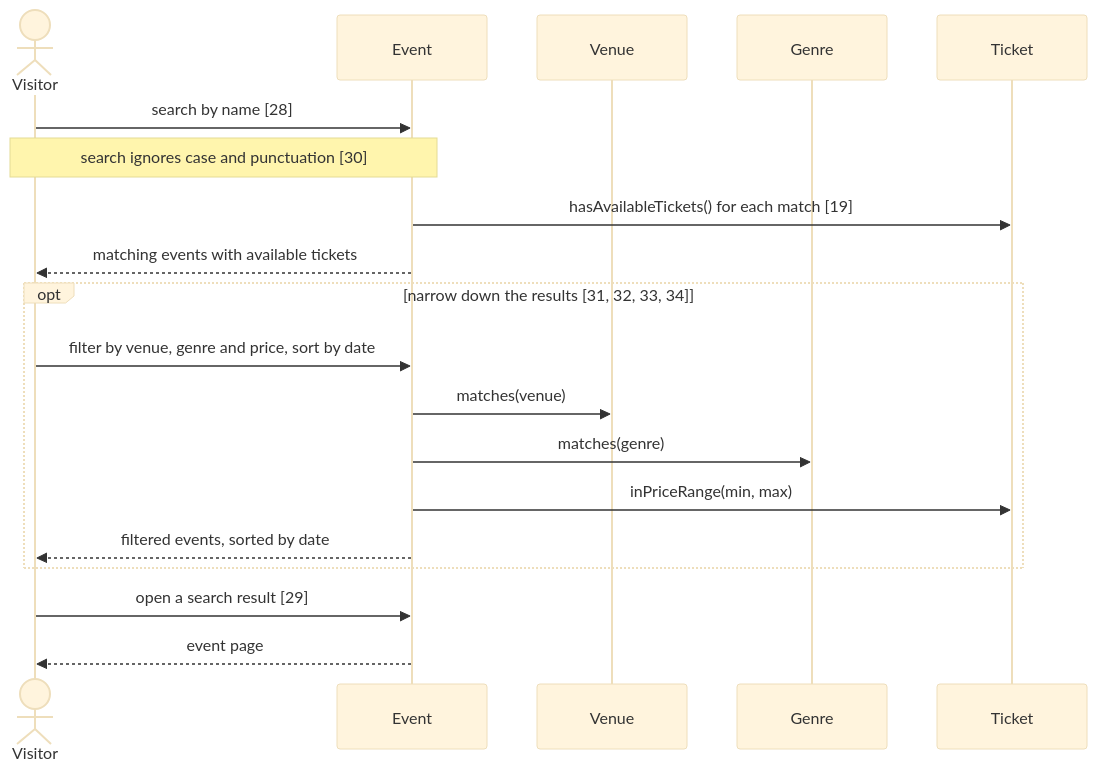
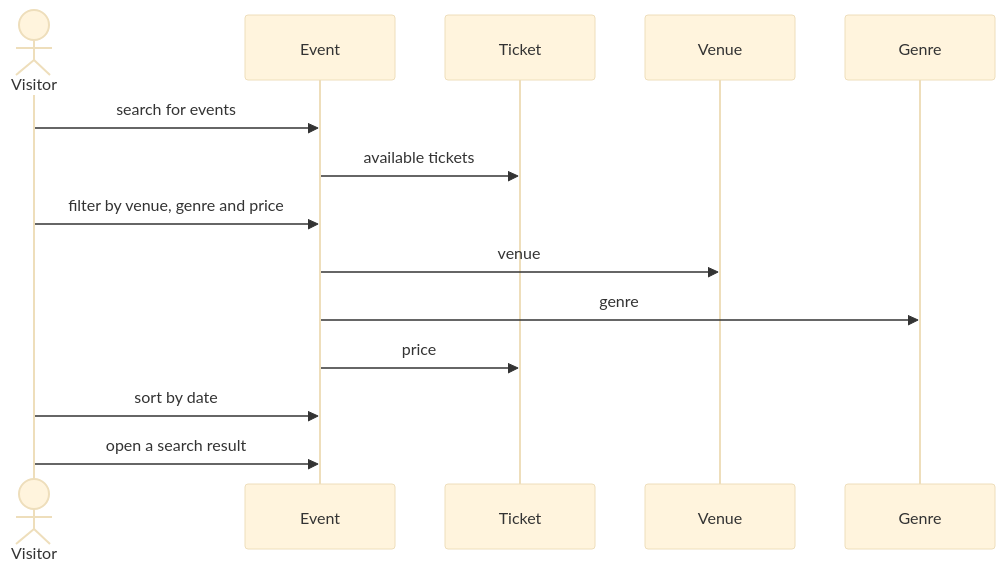
One commit to grumartin/user-story-domain-model-datasets changed the diagram in 4_gold_standard_sequence_diagrams/ticket/sd3_search.mmd. Above: the diagram before and after it, drawn with Mermaid (base theme). The commit also changed 151 other files, not shown here.

Commit message:
Adapt domain models to revised gold and silver standard & Create Sequence Diagrams for all Projects (#2)

```diff
--- a/4_gold_standard_sequence_diagrams/ticket/sd3_search.mmd
+++ b/4_gold_standard_sequence_diagrams/ticket/sd3_search.mmd
@@ -1,23 +1,23 @@
 sequenceDiagram
     %% SD3 - Search for events
     %% Stories: 19, 28, 29, 30, 31, 32, 33, 34
-    %% Description: A visitor searches for an event by name, narrows the results by venue, genre and price, sorts them by date and opens one.
+    %% Description: A visitor searches for events with available tickets, filters by venue, genre and price, sorts by date and opens a result.
     actor VI as Visitor
     participant EV as Event
+    participant TI as Ticket
     participant VE as Venue
     participant GE as Genre
-    participant TI as Ticket
 
-    VI->>EV: search by name [28]
-    Note over VI,EV: search ignores case and punctuation [30]
-    EV->>TI: hasAvailableTickets() for each match [19]
-    EV-->>VI: matching events with available tickets
-    opt narrow down the results [31, 32, 33, 34]
-        VI->>EV: filter by venue, genre and price, sort by date
-        EV->>VE: matches(venue)
-        EV->>GE: matches(genre)
-        EV->>TI: inPriceRange(min, max)
-        EV-->>VI: filtered events, sorted by date
-    end
-    VI->>EV: open a search result [29]
-    EV-->>VI: event page
+    %% covers 28, 30
+    VI->>EV: search for events
+    %% covers 19
+    EV->>TI: available tickets
+    %% covers 32, 33, 34
+    VI->>EV: filter by venue, genre and price
+    EV->>VE: venue
+    EV->>GE: genre
+    EV->>TI: price
+    %% covers 31
+    VI->>EV: sort by date
+    %% covers 29
+    VI->>EV: open a search result
```
